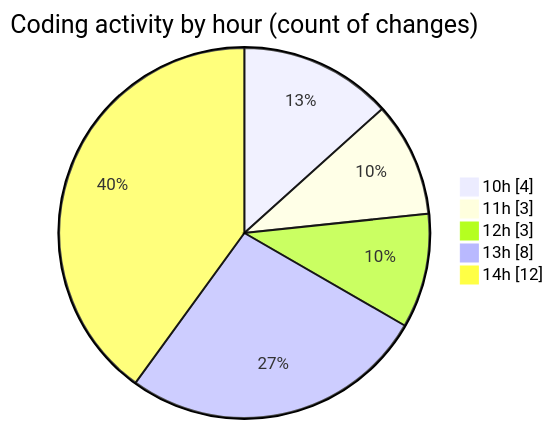
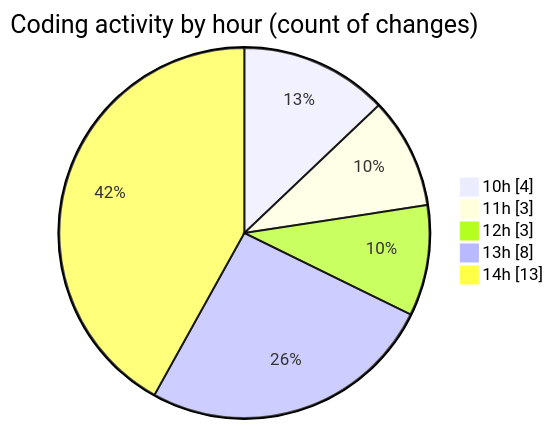
Before and after one commit to momahboobian/code-tracking: the second of 2 diagrams in 2025-11-28/cda/README.md, drawn with Mermaid. The commit also changed other lines of this file and 1 other file, not shown here.

````diff
--- a/2025-11-28/cda/README.md
+++ b/2025-11-28/cda/README.md
@@ -44,9 +46,9 @@
 ```mermaid
 pie showData
 title Coding activity by hour (count of changes)
 "10h" : 4
 "11h" : 3
 "12h" : 3
 "13h" : 8
-"14h" : 12
+"14h" : 13
 ```
````
